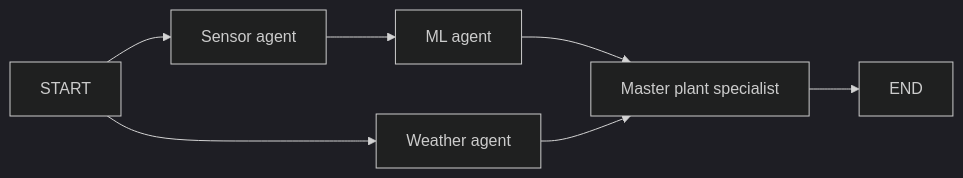
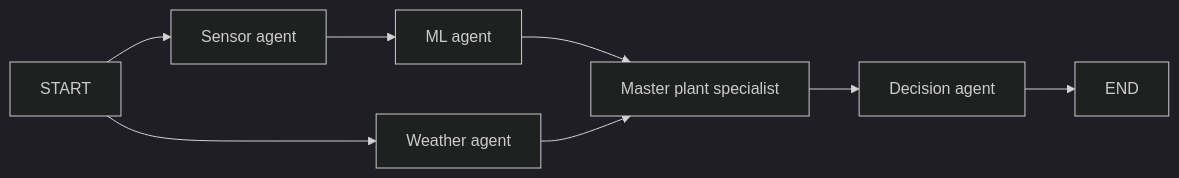
One commit to chanupadeshan/greenpulse changed the diagram in README.md. Above: the diagram before and after it, drawn with Mermaid (dark theme). The commit also changed other lines of this file and 67 other files, not shown here.

````diff
--- a/README.md
+++ b/README.md
@@ -23,9 +50,10 @@
 ```mermaid
 flowchart LR
     START --> S[Sensor agent]
     START --> W[Weather agent]
     S --> M[ML agent]
     M --> P[Master plant specialist]
     W --> P
-    P --> END
+    P --> D[Decision agent]
+    D --> END
 ```
````
